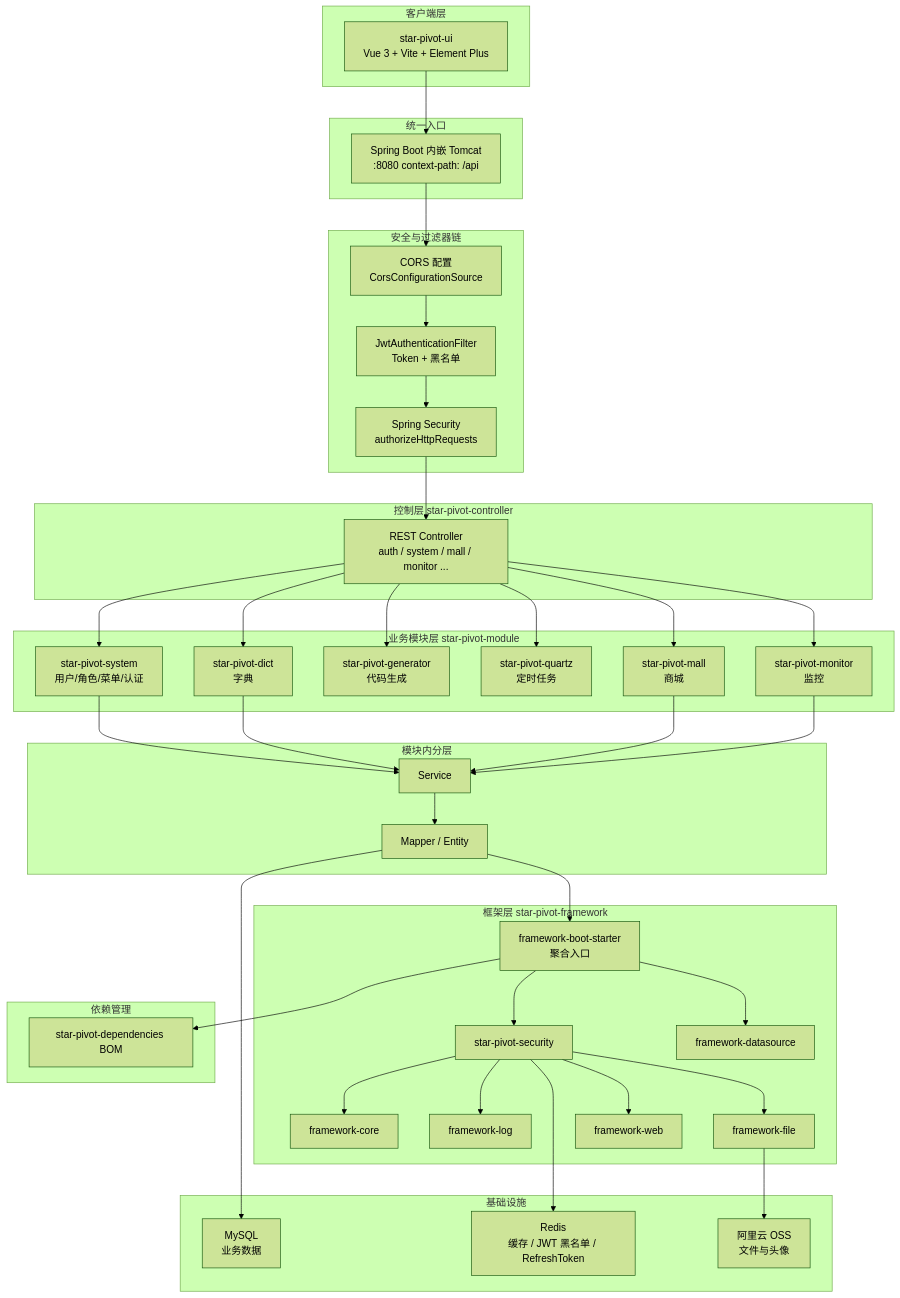
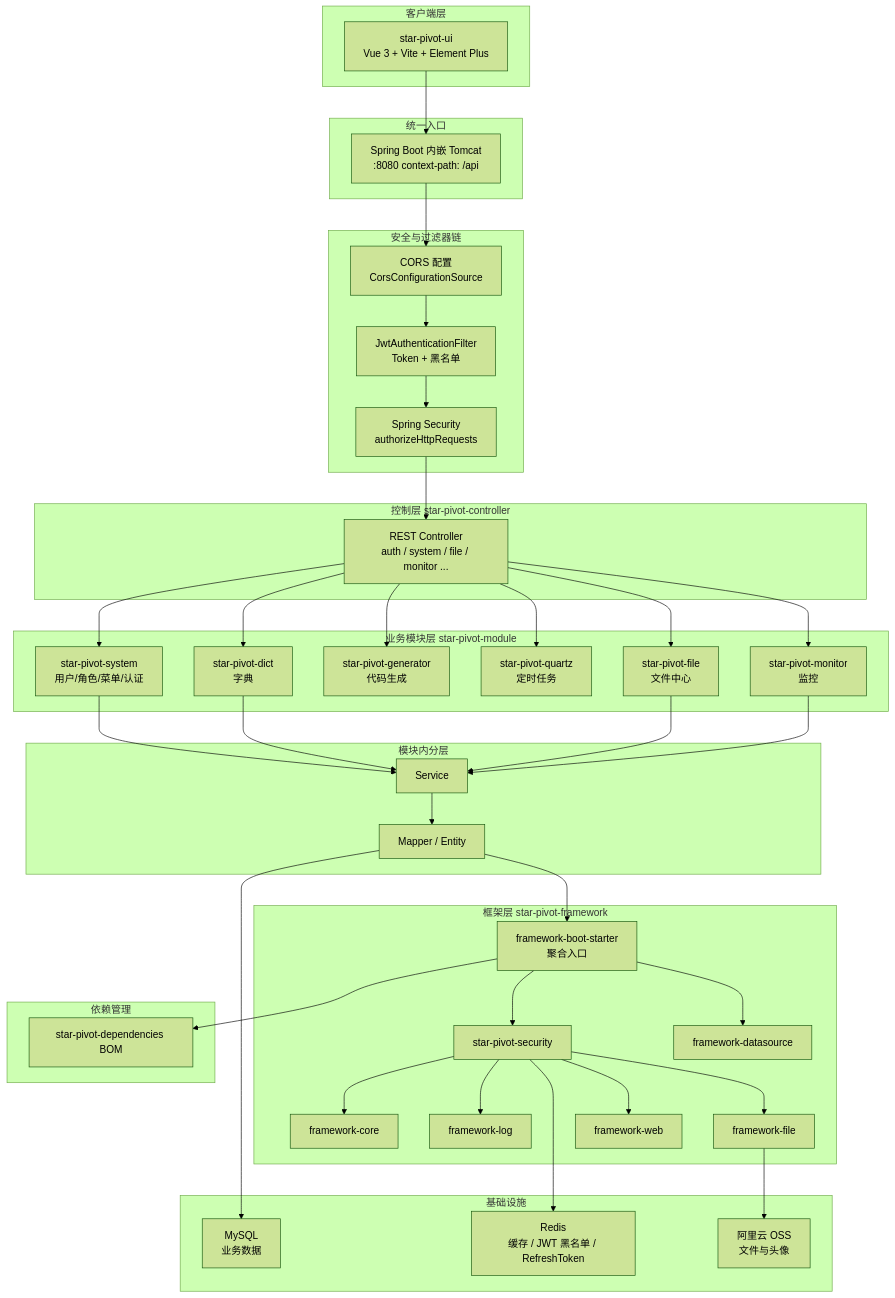
The first of 8 diagrams in doc/架构图与流程图.md (xinxin-star1998/star-pivot), drawn with Mermaid (forest theme) before and after one commit. The commit also changed other lines of this file and 318 other files, not shown here.

````diff
--- a/doc/架构图与流程图.md
+++ b/doc/架构图与流程图.md
@@ -17,81 +17,81 @@
 ```mermaid
 flowchart TB
     subgraph Client["客户端层"]
         Web["star-pivot-ui<br/>Vue 3 + Vite + Element Plus"]
     end
 
     subgraph Entry["统一入口"]
         Tomcat["Spring Boot 内嵌 Tomcat<br/>:8080  context-path: /api"]
     end
 
     subgraph AppLayer["安全与过滤器链"]
         Cors["CORS 配置<br/>CorsConfigurationSource"]
         Jwt["JwtAuthenticationFilter<br/>Token + 黑名单"]
         Sec["Spring Security<br/>authorizeHttpRequests"]
         Cors --> Jwt --> Sec
     end
 
     subgraph Ctrl["控制层 star-pivot-controller"]
-        Ctl["REST Controller<br/>auth / system / mall / monitor ..."]
+        Ctl["REST Controller<br/>auth / system / file / monitor ..."]
     end
 
     subgraph Biz["业务模块层 star-pivot-module"]
         M_sys["star-pivot-system<br/>用户/角色/菜单/认证"]
         M_dict["star-pivot-dict<br/>字典"]
         M_gen["star-pivot-generator<br/>代码生成"]
         M_qtz["star-pivot-quartz<br/>定时任务"]
         M_mon["star-pivot-monitor<br/>监控"]
-        M_mall["star-pivot-mall<br/>商城"]
+        M_file["star-pivot-file<br/>文件中心"]
     end
 
     subgraph Svc["模块内分层"]
         S1["Service"]
         S2["Mapper / Entity"]
         S1 --> S2
     end
 
     subgraph Framework["框架层 star-pivot-framework"]
         FW_bs["framework-boot-starter<br/>聚合入口"]
         FW_sec["star-pivot-security"]
         FW_ds["framework-datasource"]
         FW_core["framework-core"]
         FW_log["framework-log"]
         FW_file["framework-file"]
         FW_web["framework-web"]
         FW_bs --> FW_sec
         FW_bs --> FW_ds
         FW_sec --> FW_core
         FW_sec --> FW_log
         FW_sec --> FW_file
         FW_sec --> FW_web
     end
 
     subgraph Dep["依赖管理"]
         BOM["star-pivot-dependencies BOM"]
     end
 
     subgraph Infra["基础设施"]
         MySQL["MySQL<br/>业务数据"]
         Redis["Redis<br/>缓存 / JWT 黑名单 / RefreshToken"]
         OSS["阿里云 OSS<br/>文件与头像"]
     end
 
     Web --> Tomcat
     Tomcat --> Cors
     Sec --> Ctl
     Ctl --> M_sys
     Ctl --> M_dict
     Ctl --> M_gen
     Ctl --> M_qtz
     Ctl --> M_mon
-    Ctl --> M_mall
+    Ctl --> M_file
     M_sys --> S1
     M_dict --> S1
-    M_mall --> S1
+    M_file --> S1
     M_mon --> S1
     S2 --> FW_bs
     FW_bs --> BOM
     FW_sec --> Redis
     S2 --> MySQL
     FW_file --> OSS
 ```
````
